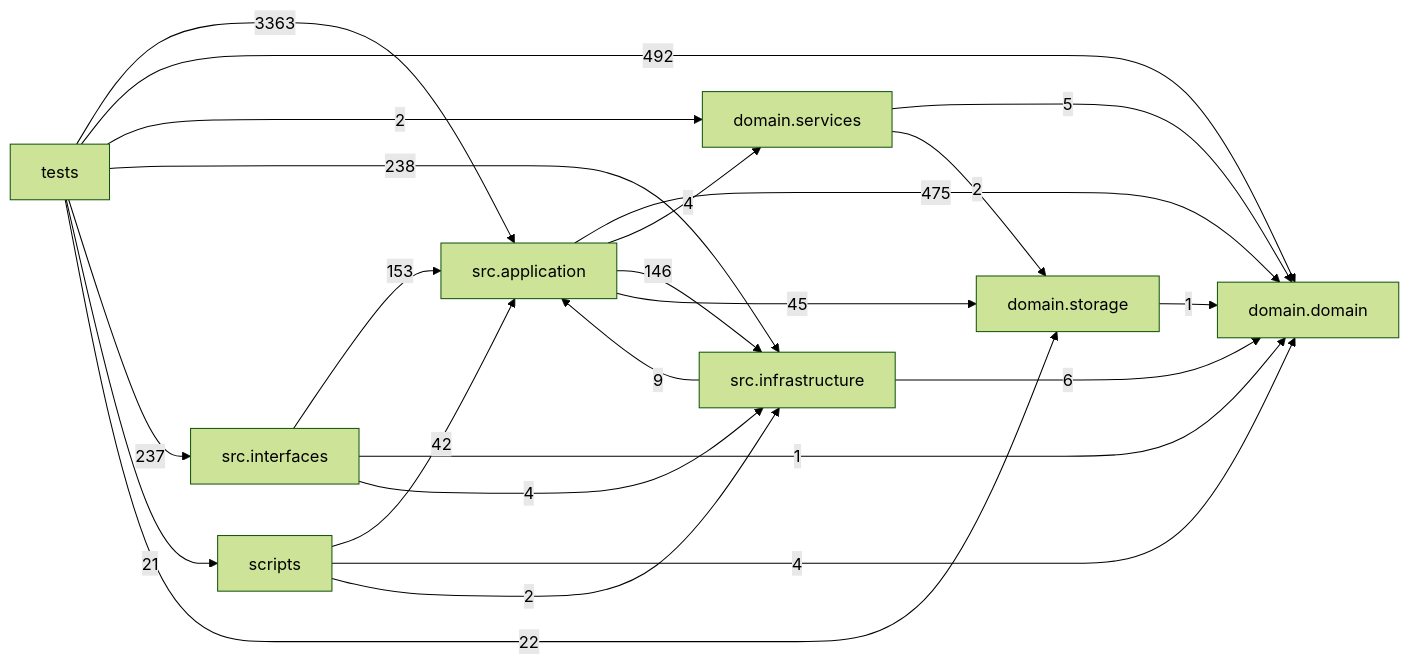
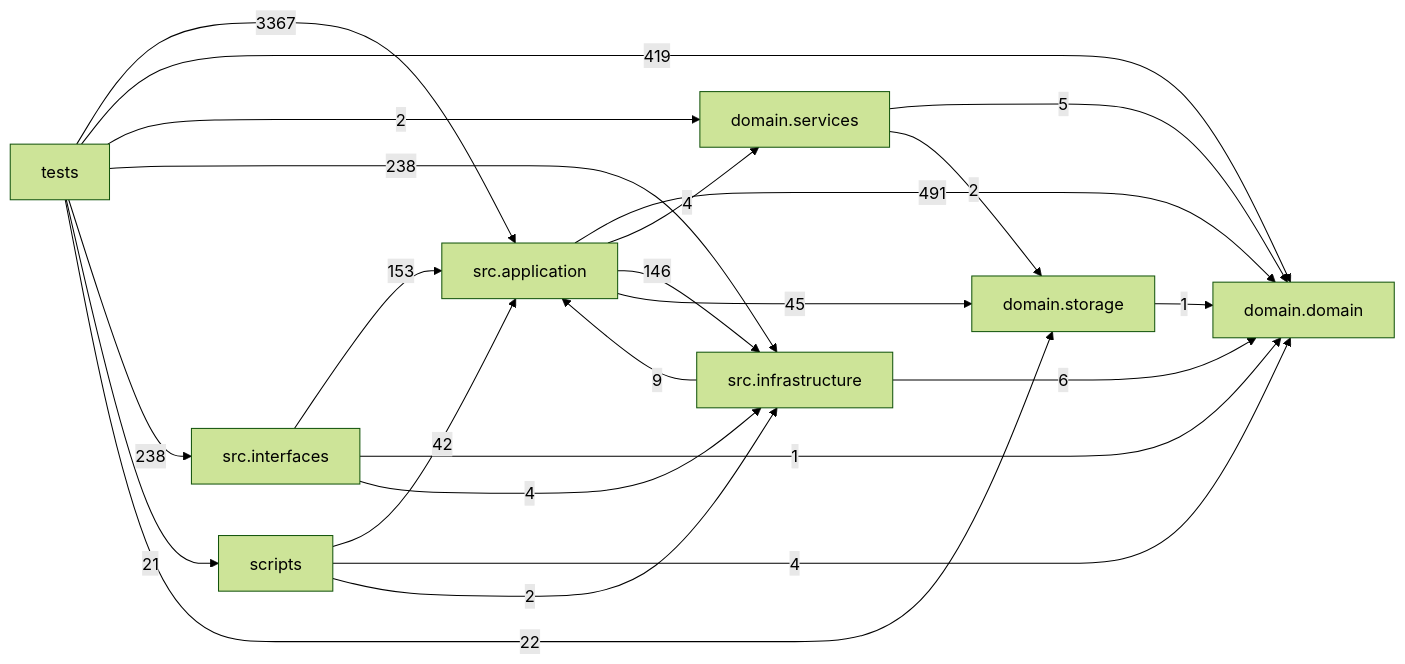
Before and after one commit to liuxie066/options-monitor: the diagram in docs/DEPENDENCY_GRAPH.md, drawn with Mermaid (forest theme). The commit also changed other lines of this file and 158 other files, not shown here.

````diff
--- a/docs/DEPENDENCY_GRAPH.md
+++ b/docs/DEPENDENCY_GRAPH.md
@@ -24,33 +24,33 @@
 ```mermaid
 flowchart LR
   tests["tests"]
   scripts["scripts"]
   interfaces["src.interfaces"]
   application["src.application"]
   infrastructure["src.infrastructure"]
   domain_services["domain.services"]
   domain["domain.domain"]
   storage["domain.storage"]
-  application -->|475| domain
+  application -->|491| domain
   application -->|4| domain_services
   application -->|146| infrastructure
   application -->|45| storage
   domain_services -->|5| domain
   domain_services -->|2| storage
   infrastructure -->|9| application
   infrastructure -->|6| domain
   interfaces -->|153| application
   interfaces -->|1| domain
   interfaces -->|4| infrastructure
   scripts -->|42| application
   scripts -->|4| domain
   scripts -->|2| infrastructure
   storage -->|1| domain
-  tests -->|3363| application
-  tests -->|492| domain
+  tests -->|3367| application
+  tests -->|419| domain
   tests -->|2| domain_services
   tests -->|238| infrastructure
-  tests -->|237| interfaces
+  tests -->|238| interfaces
   tests -->|21| scripts
   tests -->|22| storage
 ```
````
